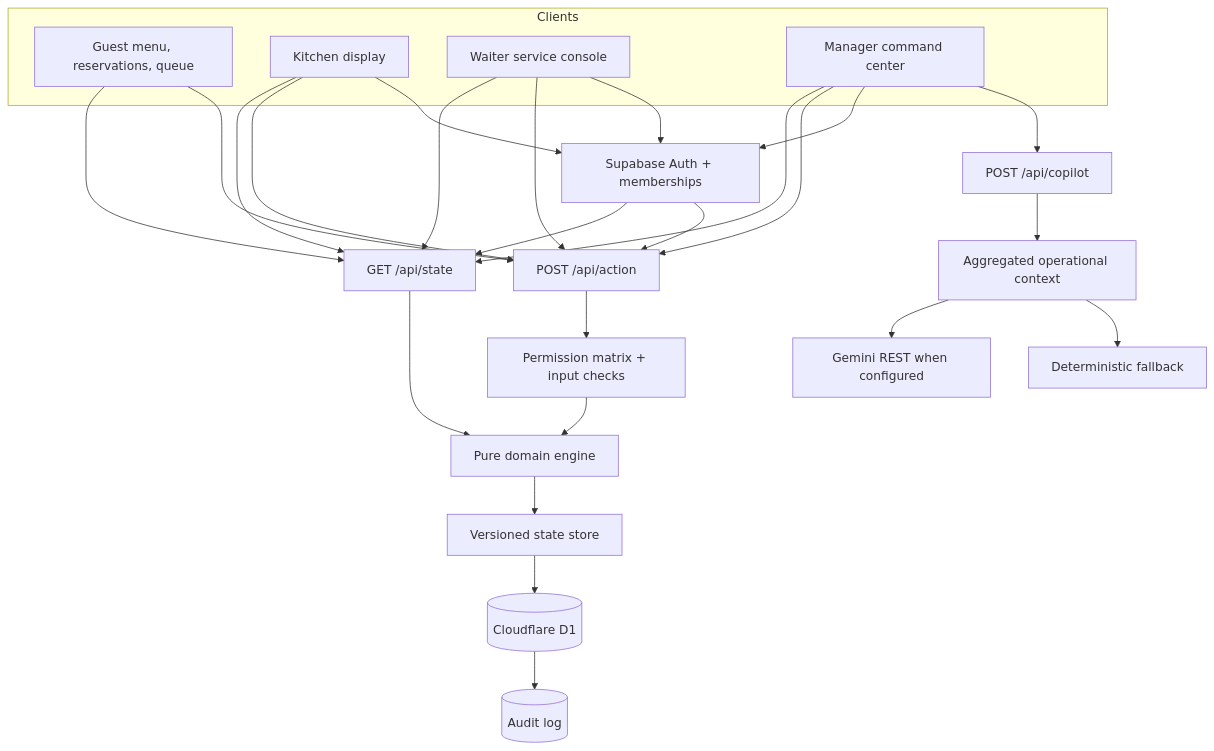
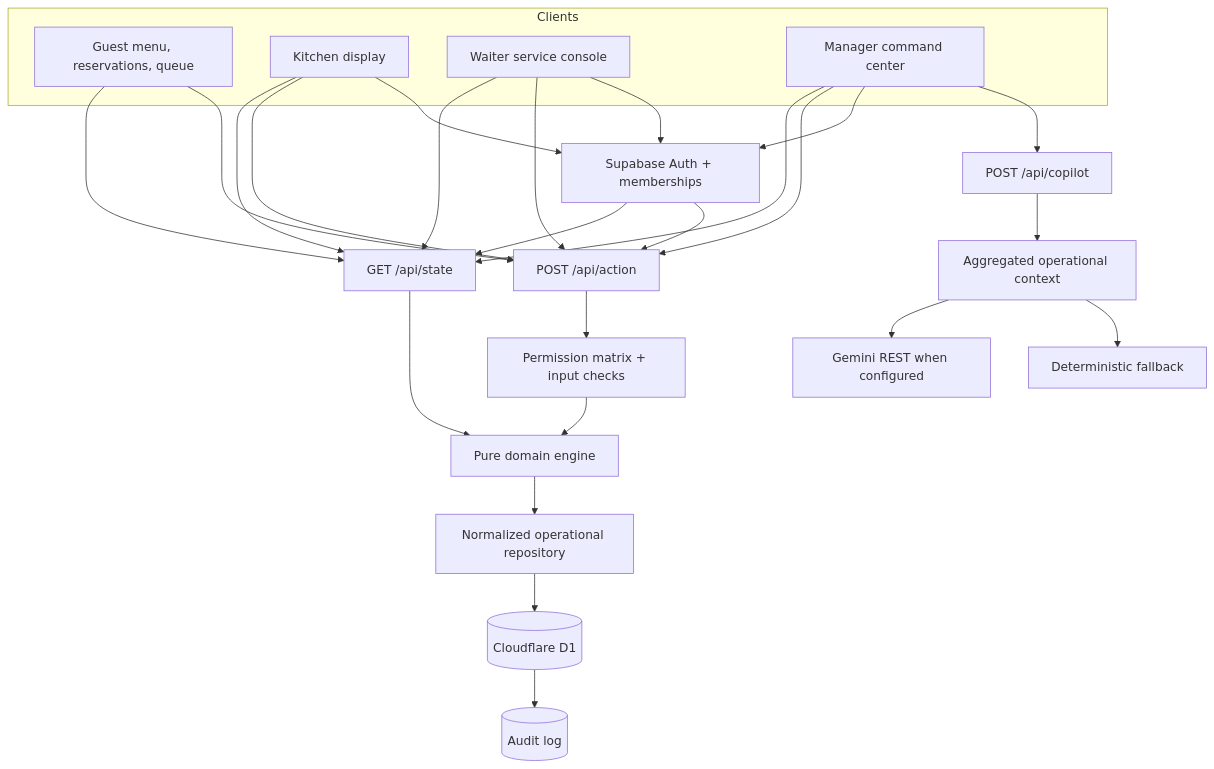
Before and after one commit to abhinav-codes123/Vibeathon: the first of 3 diagrams in docs/ARCHITECTURE.md, drawn with Mermaid. The commit also changed other lines of this file and 9 other files, not shown here.

````diff
--- a/docs/ARCHITECTURE.md
+++ b/docs/ARCHITECTURE.md
@@ -5,23 +5,23 @@
 ```mermaid
 flowchart TB
   subgraph Clients
     Guest["Guest menu, reservations, queue"]
     Kitchen["Kitchen display"]
     Waiter["Waiter service console"]
     Manager["Manager command center"]
   end
   Guest & Kitchen & Waiter & Manager --> StateAPI["GET /api/state"]
   Guest & Kitchen & Waiter & Manager --> ActionAPI["POST /api/action"]
   Kitchen & Waiter & Manager --> Auth["Supabase Auth + memberships"]
   Auth --> StateAPI
   Auth --> ActionAPI
   Manager --> Copilot["POST /api/copilot"]
   ActionAPI --> Permission["Permission matrix + input checks"]
   StateAPI & Permission --> Domain["Pure domain engine"]
-  Domain --> Store["Versioned state store"]
+  Domain --> Store["Normalized operational repository"]
   Store --> D1[("Cloudflare D1")]
   D1 --> Audit[("Audit log")]
   Copilot --> Context["Aggregated operational context"]
   Context --> Gemini["Gemini REST when configured"]
   Context --> Local["Deterministic fallback"]
 ```
````
